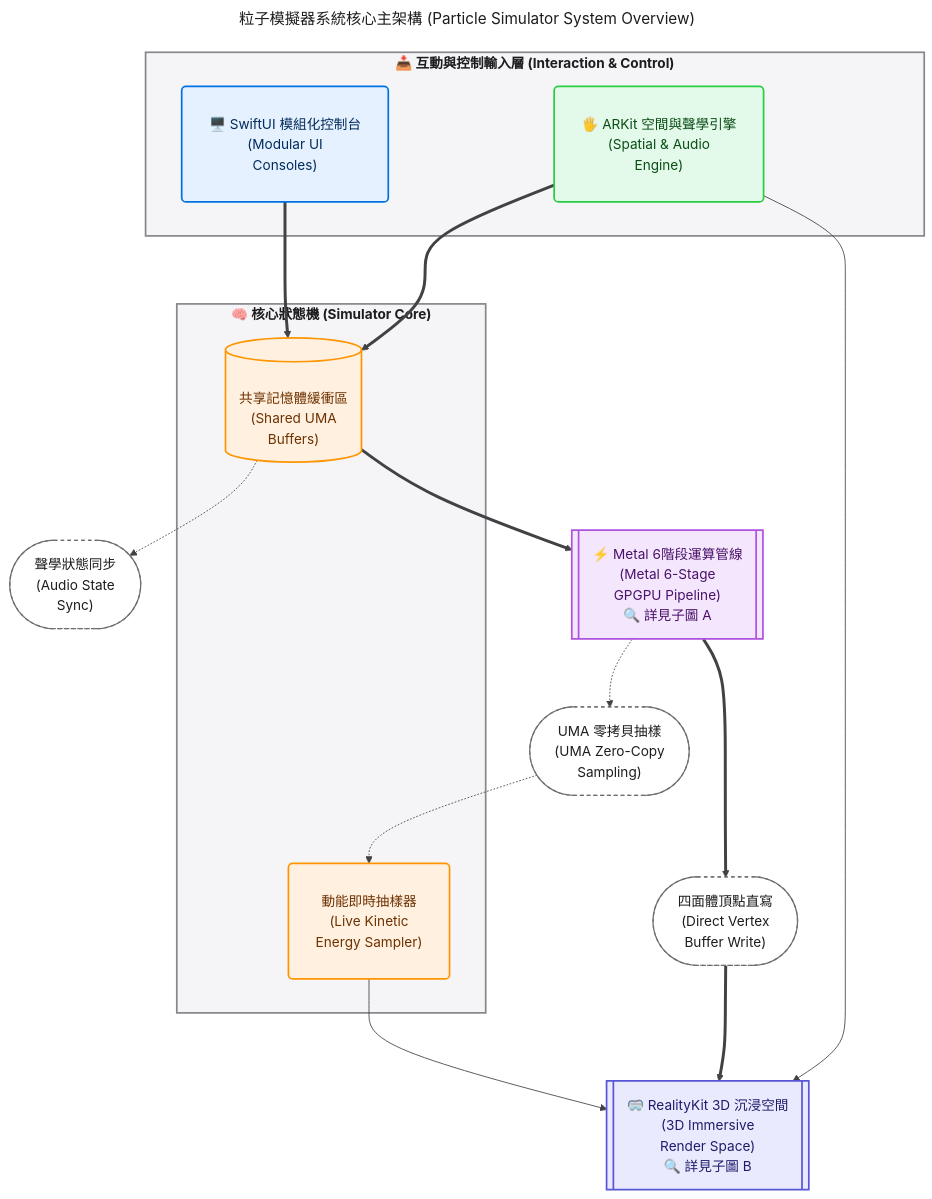
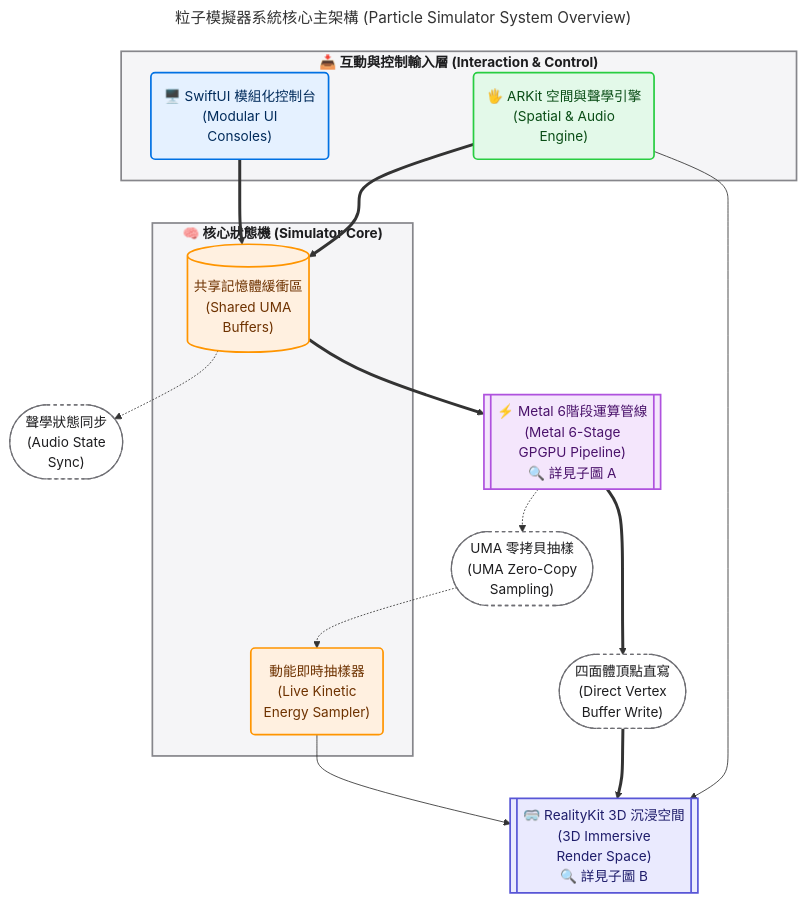
Before and after one commit to lennox0909/ParticleVision: the first of 3 diagrams in README.md, drawn with Mermaid. The commit also changed other lines of this file, not shown here.

Commit message:
update charts

````diff
--- a/README.md
+++ b/README.md
@@ -53,66 +53,53 @@
 ```mermaid
 ---
 title: "粒子模擬器系統核心主架構 (Particle Simulator System Overview)"
-config:
-  theme: base
-  themeVariables:
-    clusterBkg: "#F5F5F7"
-    clusterBorder: "#86868B"
-    titleColor: "#1D1D1F"
-    primaryTextColor: "#1D1D1F"
-    lineColor: "#424245"
-  flowchart:
-    curve: basis
-    nodeSpacing: 65
-    rankSpacing: 80
-    padding: 32
 ---
 flowchart TB
     %% 🍎 Apple HIG 高反差系統色票 (深色字體配高明度微霧面底色，確保絕對清晰)
     classDef appleBlue fill:#E5F1FF,stroke:#0071E3,stroke-width:2px,color:#002B5B
     classDef appleGreen fill:#E3F9E9,stroke:#28CD41,stroke-width:2px,color:#0A4D16
     classDef appleOrange fill:#FFF0E0,stroke:#FF9500,stroke-width:2px,color:#6E3200
     classDef applePurple fill:#F4E6FC,stroke:#AF52DE,stroke-width:2px,color:#4A126B
     classDef appleIndigo fill:#EAEAFE,stroke:#5856D6,stroke-width:2px,color:#1F1D6B
     classDef applePill fill:#FFFFFF,stroke:#6E6E73,stroke-width:1.5px,stroke-dasharray: 4 4,color:#1D1D1F
 
     %% 頂層輸入模組 (單行緊湊粗體標題，避免與內部節點頂部重疊)
     subgraph Input_Tier ["<b>📥 互動與控制輸入層 (Interaction & Control)</b>"]
         SwiftUI_Mod("🖥️ SwiftUI 模組化控制台<br/>(Modular UI<br/>Consoles)"):::appleBlue
         ARKit_Mod("🖐️️ ARKit 空間與聲學引擎<br/>(Spatial & Audio<br/>Engine)"):::appleGreen
     end
 
     %% 核心狀態機子圖
     subgraph Simulator_Core ["<b>🧠 核心狀態機 (Simulator Core)</b>"]
         SimState[("共享記憶體緩衝區<br/>(Shared UMA<br/>Buffers)")]:::appleOrange
         KineticSampler("動能即時抽樣器<br/>(Live Kinetic<br/>Energy Sampler)"):::appleOrange
     end
 
     %% 獨立抽離之 GPGPU 模組節點
     Metal_Mod[["⚡ Metal 6階段運算管線<br/>(Metal 6-Stage<br/>GPGPU Pipeline)<br/>🔍 詳見子圖 A"]]:::applePurple
 
     %% 中間轉換動作節點 (保持連線淨空、消除反向拉扯)
     AudioSync(["聲學狀態同步<br/>(Audio State<br/>Sync)"]):::applePill
     ZeroCopy(["UMA 零拷貝抽樣<br/>(UMA Zero-Copy<br/>Sampling)"]):::applePill
     VertexWrite(["四面體頂點直寫<br/>(Direct Vertex<br/>Buffer Write)"]):::applePill
 
     %% 底層渲染模組
     RealityKit_Mod[["🥽 RealityKit 3D 沉浸空間<br/>(3D Immersive<br/>Render Space)<br/>🔍 詳見子圖 B"]]:::appleIndigo
 
     %% 系統主幹資料流
     SwiftUI_Mod ==> SimState
     ARKit_Mod ==> SimState
 
     SimState -.-> AudioSync
     SimState ==> Metal_Mod
 
     Metal_Mod -.-> ZeroCopy -.-> KineticSampler
     Metal_Mod ==> VertexWrite ==> RealityKit_Mod
 
     ARKit_Mod --> RealityKit_Mod
     KineticSampler --> RealityKit_Mod
 
     %% 強制指定子圖容器為 Apple 淺灰底色 (#F5F5F7) 與純黑高反差字體 (#1D1D1F)
     style Input_Tier fill:#F5F5F7,stroke:#86868B,stroke-width:2px,color:#1D1D1F
     style Simulator_Core fill:#F5F5F7,stroke:#86868B,stroke-width:2px,color:#1D1D1F
 ```
````
